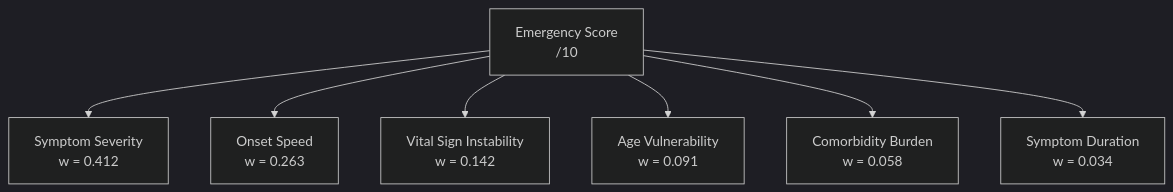
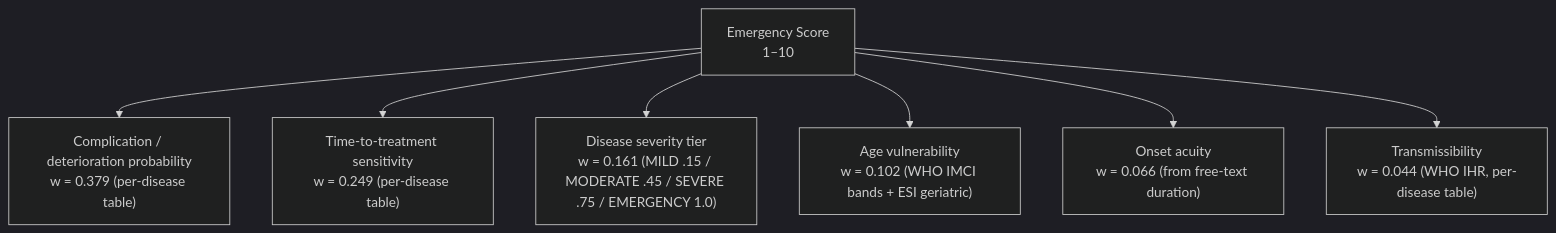
The fourth of 8 diagrams in triage-poc/rule_engine_design_final.md (Rishii-10/GMU), drawn with Mermaid (dark theme) before and after one commit. The commit also changed other lines of this file, not shown here.

````diff
--- a/triage-poc/rule_engine_design_final.md
+++ b/triage-poc/rule_engine_design_final.md
@@ -189,17 +191,17 @@
 ```mermaid
 graph TD
-    ROOT["Emergency Score\n/10"]
-    A1["Symptom Severity\nw = 0.412"]
-    A2["Onset Speed\nw = 0.263"]
-    A3["Vital Sign Instability\nw = 0.142"]
-    A4["Age Vulnerability\nw = 0.091"]
-    A5["Comorbidity Burden\nw = 0.058"]
-    A6["Symptom Duration\nw = 0.034"]
+    ROOT["Emergency Score\n1–10"]
+    A1["Complication / deterioration probability\nw = 0.379 (per-disease table)"]
+    A2["Time-to-treatment sensitivity\nw = 0.249 (per-disease table)"]
+    A3["Disease severity tier\nw = 0.161 (MILD .15 / MODERATE .45 / SEVERE .75 / EMERGENCY 1.0)"]
+    A4["Age vulnerability\nw = 0.102 (WHO IMCI bands + ESI geriatric)"]
+    A5["Onset acuity\nw = 0.066 (from free-text duration)"]
+    A6["Transmissibility\nw = 0.044 (WHO IHR, per-disease table)"]
 
     ROOT --> A1
     ROOT --> A2
     ROOT --> A3
     ROOT --> A4
     ROOT --> A5
     ROOT --> A6
 ```
````
